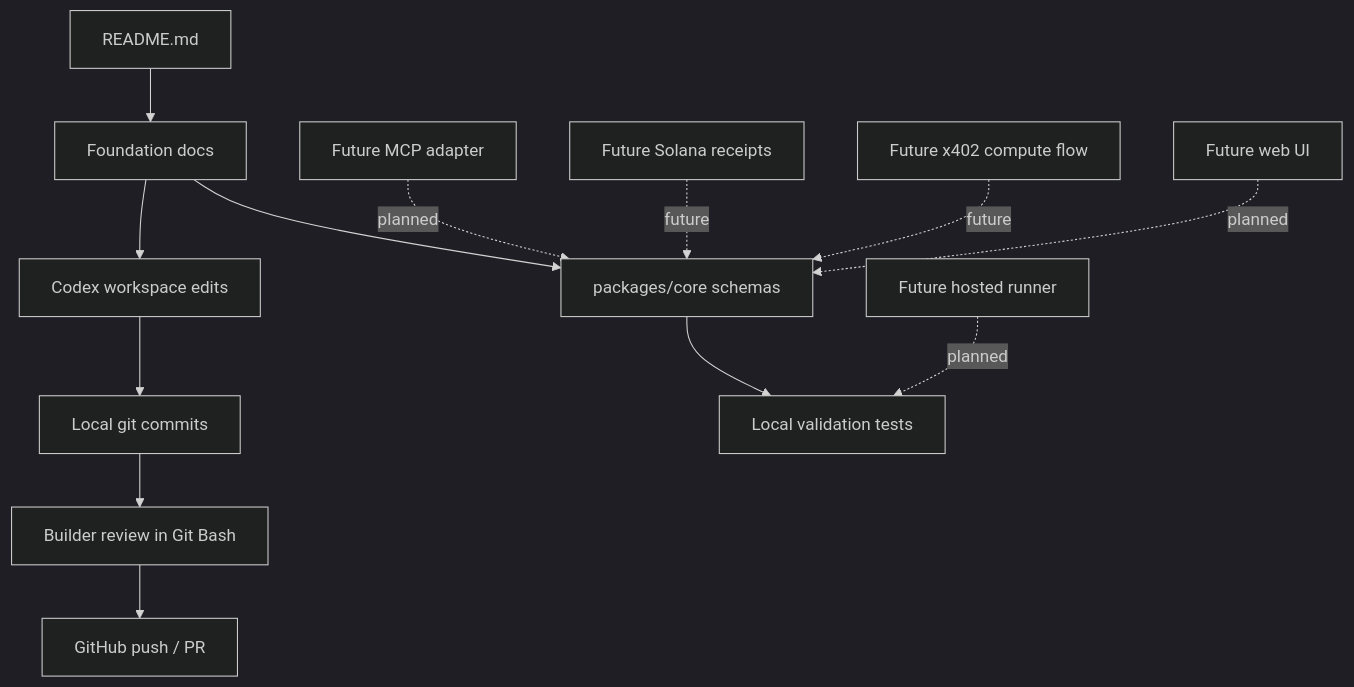
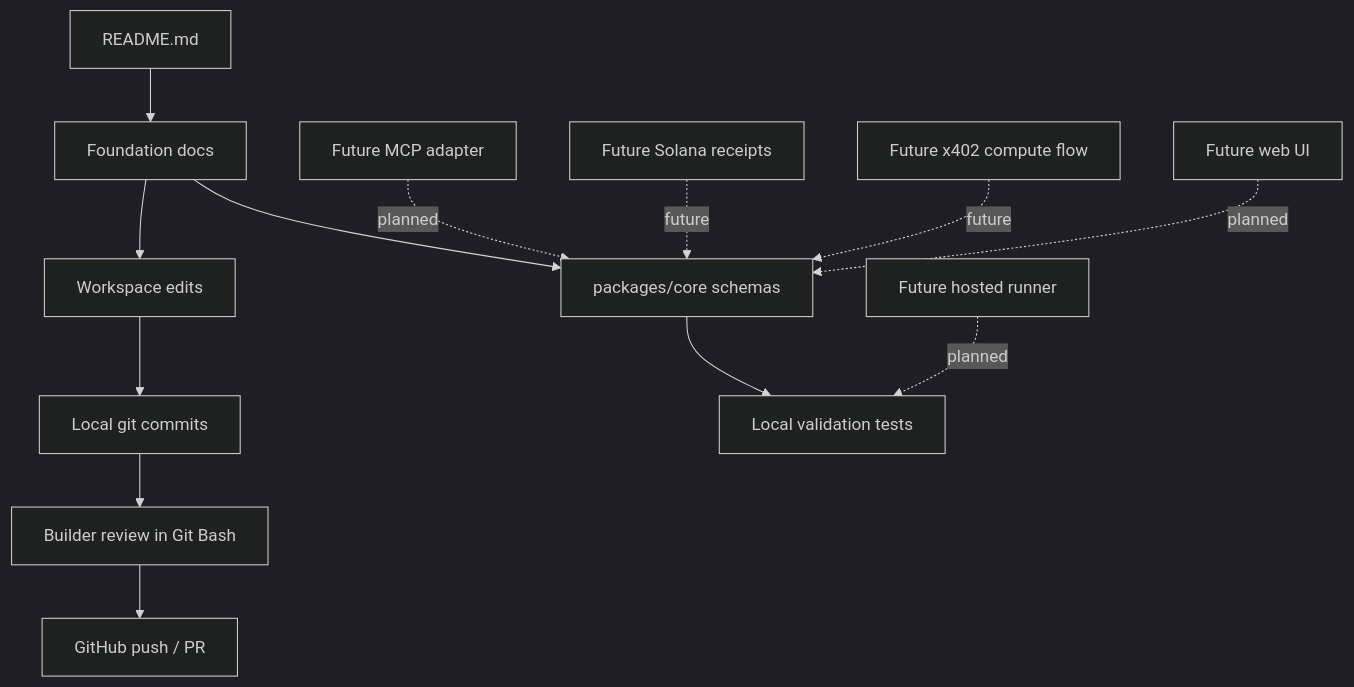
Before and after one commit to Vexera-Core/bencharena: the diagram in README.md, drawn with Mermaid (dark theme). The commit also changed other lines of this file, not shown here.

Commit message:
--fix-architecture-in-readme-noschema

````diff
--- a/README.md
+++ b/README.md
@@ -158,17 +223,17 @@
 ```mermaid
 flowchart TD
     A[README.md] --> B[Foundation docs]
-    B --> C[Codex workspace edits]
+    B --> C[Workspace edits]
     C --> D[Local git commits]
     D --> E[Builder review in Git Bash]
     E --> F[GitHub push / PR]
 
     B --> G[packages/core schemas]
     G --> H[Local validation tests]
 
     I[Future MCP adapter] -. planned .-> G
     J[Future Solana receipts] -. future .-> G
     K[Future x402 compute flow] -. future .-> G
     L[Future hosted runner] -. planned .-> H
     M[Future web UI] -. planned .-> G
 ```
````
